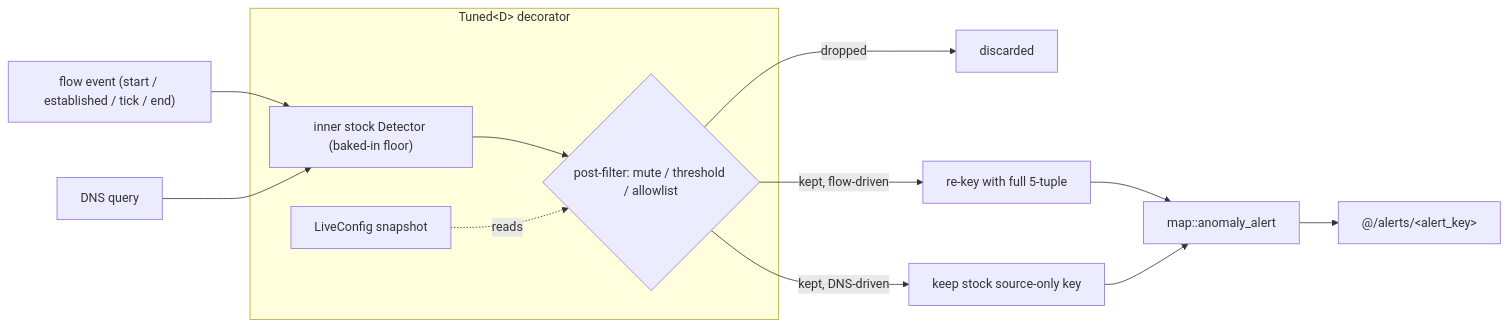
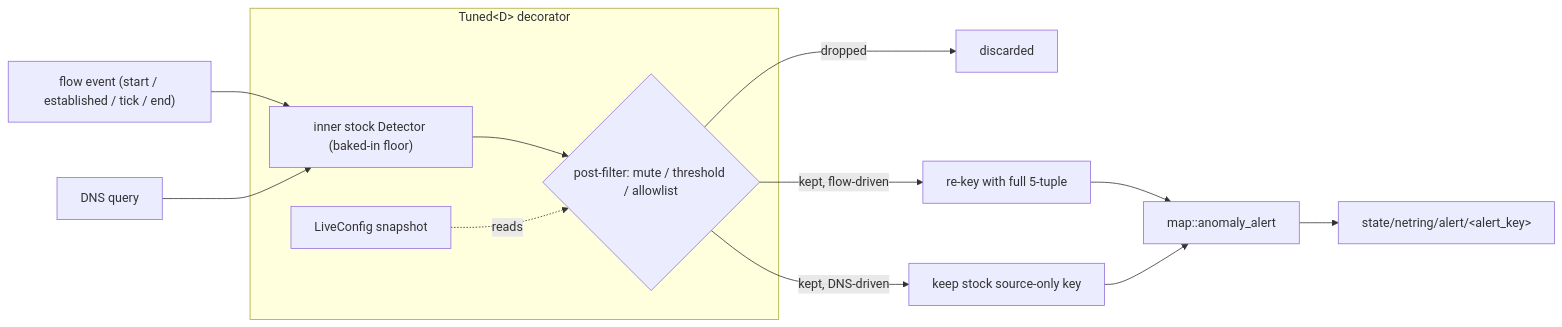
One commit to p13marc/zensight changed the diagram in zensight-sensor-netring/docs/detectors.md. Above: the diagram before and after it, drawn with Mermaid. The commit also changed other lines of this file and 67 other files, not shown here.

````diff
--- a/zensight-sensor-netring/docs/detectors.md
+++ b/zensight-sensor-netring/docs/detectors.md
@@ -92,17 +95,17 @@
 ```mermaid
 flowchart LR
     F["flow event (start / established / tick / end)"] --> S
     Q["DNS query"] --> S
 
     subgraph Tuned["Tuned&lt;D&gt; decorator"]
         S["inner stock Detector (baked-in floor)"] --> P{"post-filter: mute / threshold / allowlist"}
         L["LiveConfig snapshot"] -. "reads" .-> P
     end
 
     P -->|"dropped"| X["discarded"]
     P -->|"kept, flow-driven"| K["re-key with full 5-tuple"]
     P -->|"kept, DNS-driven"| N["keep stock source-only key"]
     K --> A["map::anomaly_alert"]
     N --> A
-    A --> Z["@/alerts/&lt;alert_key&gt;"]
+    A --> Z["state/netring/alert/&lt;alert_key&gt;"]
 ```
````
